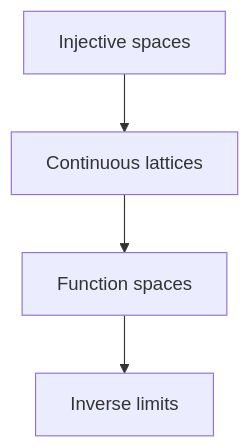
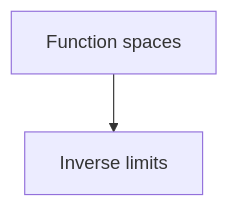
The diagram in DomainTheory/1972_ContinuousLattices.mermaid (catskillsresearch/DomainTheory), drawn with Mermaid before and after one commit. The commit also changed 8 other files, not shown here.

First line of the commit message:
Refresh import graphs and drop deleted scottSubspaceExtend stub from bridge notes.

```diff
--- a/DomainTheory/1972_ContinuousLattices.mermaid
+++ b/DomainTheory/1972_ContinuousLattices.mermaid
@@ -1,15 +1,11 @@
 %% Each box is one section from 1972_ContinuousLattices.md (Introduction omitted).
 %% Lean modules = transitive closure of outline notes in that section.
 %% Arrowhead on the importer. An arrow implied by a longer path is omitted.
 flowchart TB
 
-  INJ["Injective spaces"]
-  CL["Continuous lattices"]
   FS["Function spaces"]
   LIM["Inverse limits"]
 
-  INJ --> CL
-  CL --> FS
   FS --> LIM
 
   classDef section fill:#dbeafe,stroke:#1d4ed8,color:#1e3a8a
```
